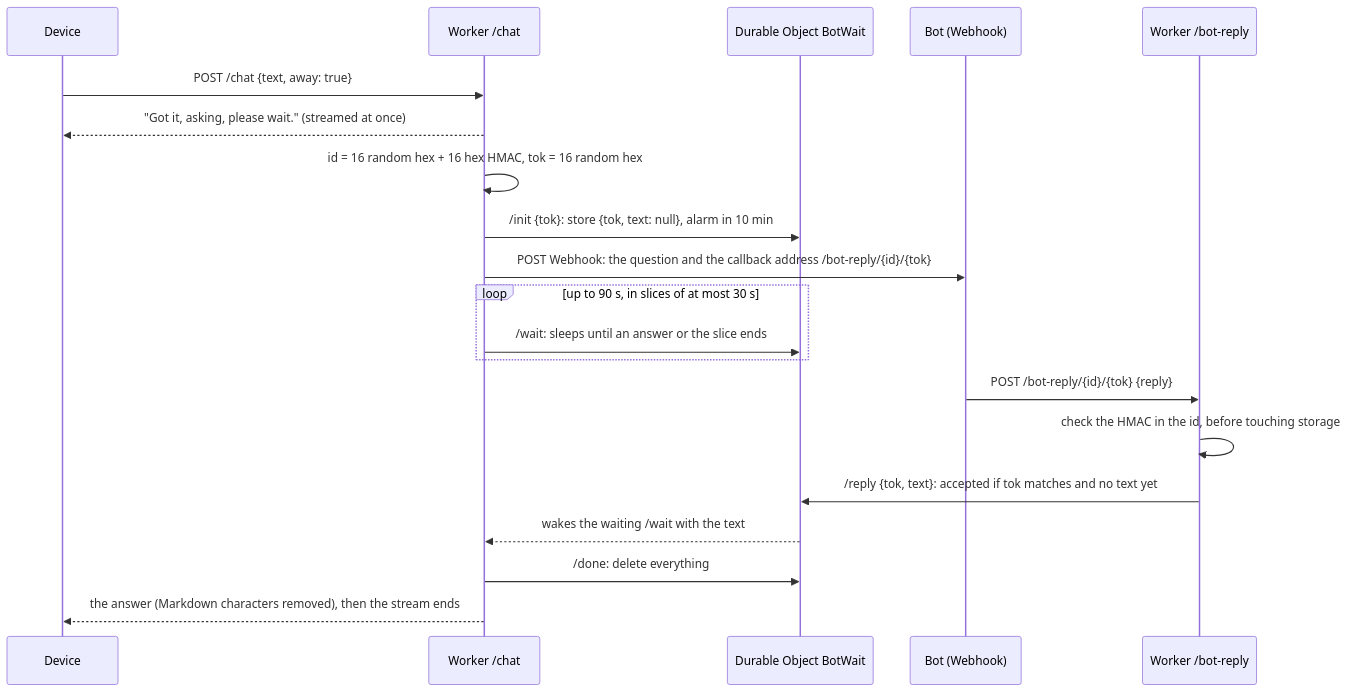
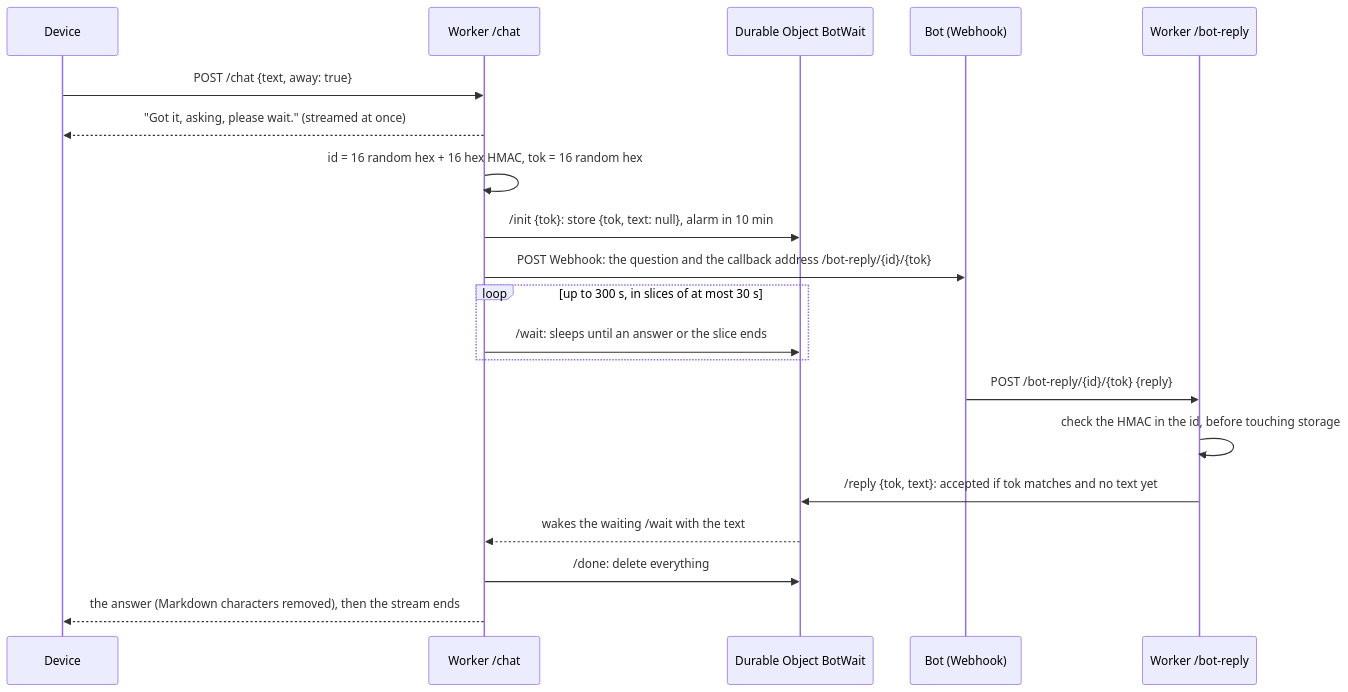
Before and after one commit to burndown/esp32-twinmate: the diagram in docs/GROK-BOT.md, drawn with Mermaid. The commit also changed other lines of this file and 5 other files, not shown here.

````diff
--- a/docs/GROK-BOT.md
+++ b/docs/GROK-BOT.md
@@ -31,22 +31,22 @@
 ```mermaid
 sequenceDiagram
   participant D as Device
   participant W as Worker /chat
   participant O as Durable Object BotWait
   participant B as Bot (Webhook)
   participant C as Worker /bot-reply
   D->>W: POST /chat {text, away: true}
   W-->>D: "Got it, asking, please wait." (streamed at once)
   W->>W: id = 16 random hex + 16 hex HMAC, tok = 16 random hex
   W->>O: /init {tok}: store {tok, text: null}, alarm in 10 min
   W->>B: POST Webhook: the question and the callback address /bot-reply/{id}/{tok}
-  loop up to 90 s, in slices of at most 30 s
+  loop up to 300 s, in slices of at most 30 s
     W->>O: /wait: sleeps until an answer or the slice ends
   end
   B->>C: POST /bot-reply/{id}/{tok} {reply}
   C->>C: check the HMAC in the id, before touching storage
   C->>O: /reply {tok, text}: accepted if tok matches and no text yet
   O-->>W: wakes the waiting /wait with the text
   W->>O: /done: delete everything
   W-->>D: the answer (Markdown characters removed), then the stream ends
 ```
````
